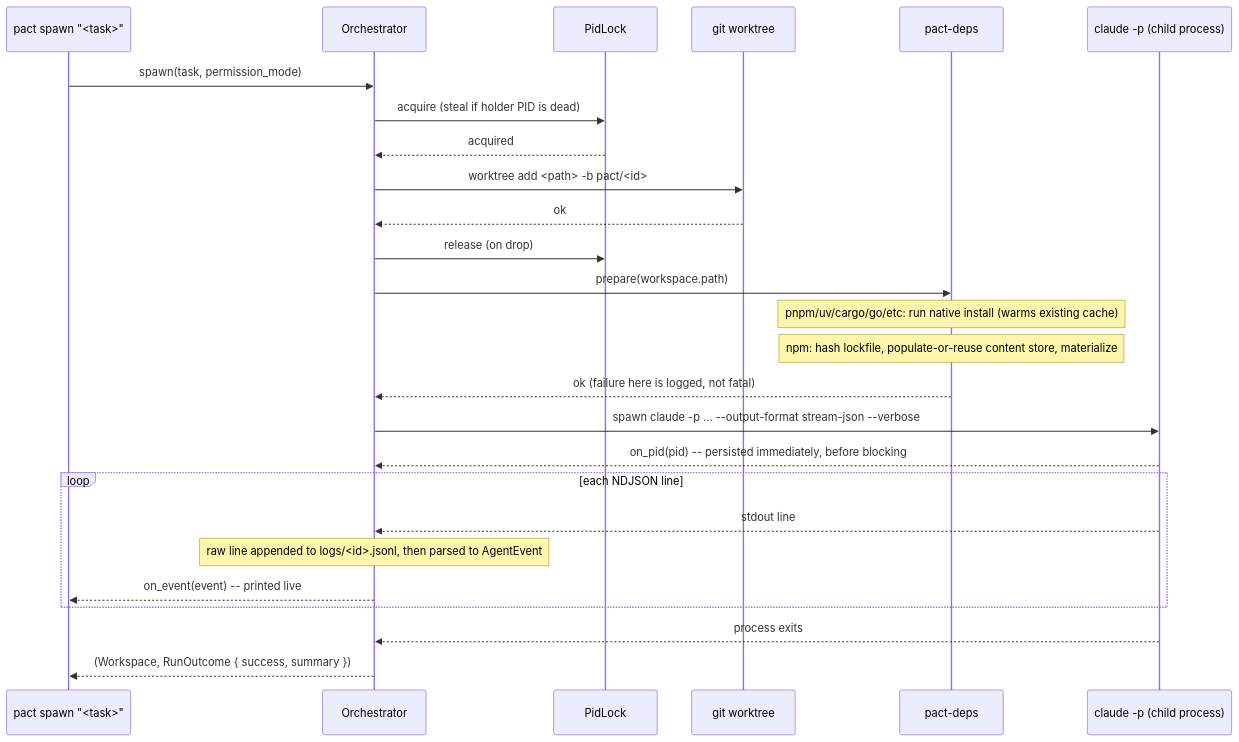
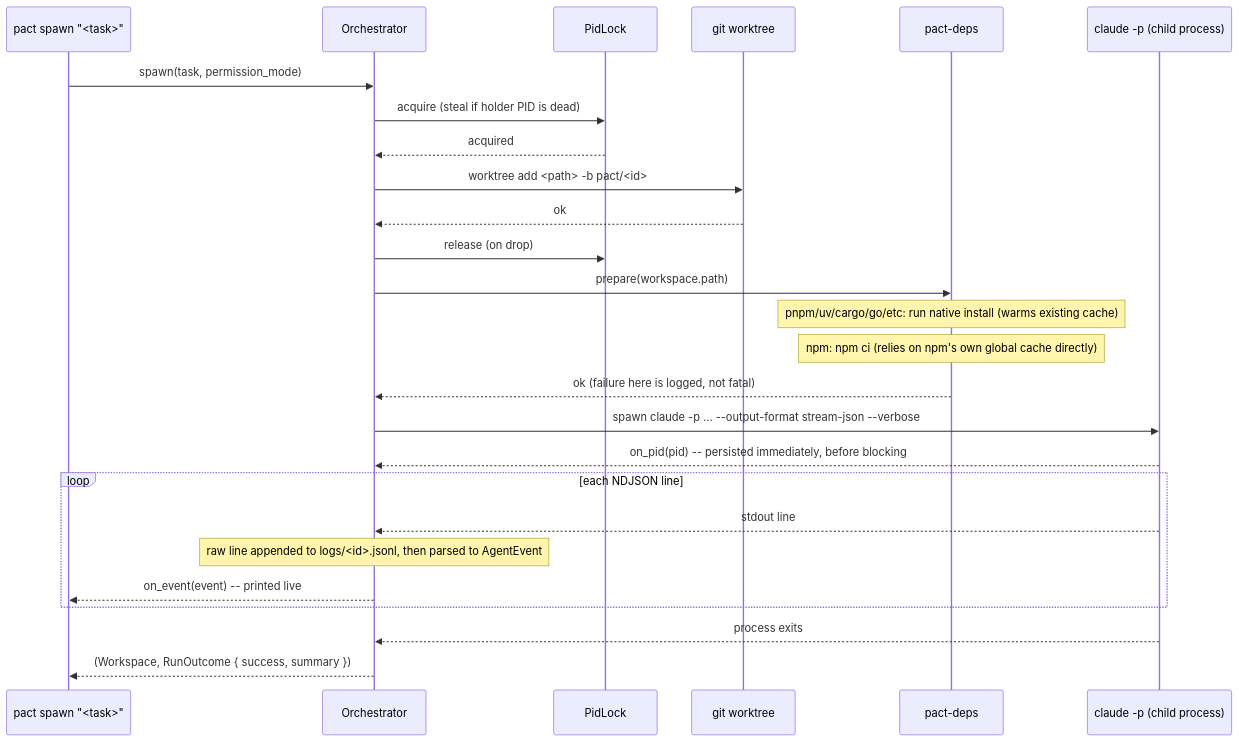
One commit to zekariasasaminew/pact changed the second of 3 diagrams in README.md. Above: the diagram before and after it, drawn with Mermaid. The commit also changed other lines of this file and 11 other files, not shown here.

First line of the commit message:
Delete the custom npm content store in favor of npm's own global cache (#258)

````diff
--- a/README.md
+++ b/README.md
@@ -657,29 +658,29 @@
 ```mermaid
 sequenceDiagram
     participant U as pact spawn "<task>"
     participant Core as Orchestrator
     participant Lock as PidLock
     participant Git as git worktree
     participant Deps as pact-deps
     participant Agent as claude -p (child process)
 
     U->>Core: spawn(task, permission_mode)
     Core->>Lock: acquire (steal if holder PID is dead)
     Lock-->>Core: acquired
     Core->>Git: worktree add <path> -b pact/<id>
     Git-->>Core: ok
     Core->>Lock: release (on drop)
     Core->>Deps: prepare(workspace.path)
     Note over Deps: pnpm/uv/cargo/go/etc: run native install (warms existing cache)
-    Note over Deps: npm: hash lockfile, populate-or-reuse content store, materialize
+    Note over Deps: npm: npm ci (relies on npm's own global cache directly)
     Deps-->>Core: ok (failure here is logged, not fatal)
     Core->>Agent: spawn claude -p ... --output-format stream-json --verbose
     Agent-->>Core: on_pid(pid) -- persisted immediately, before blocking
     loop each NDJSON line
         Agent-->>Core: stdout line
         Note over Core: raw line appended to logs/<id>.jsonl, then parsed to AgentEvent
         Core-->>U: on_event(event) -- printed live
     end
     Agent-->>Core: process exits
     Core-->>U: (Workspace, RunOutcome { success, summary })
 ```
````
